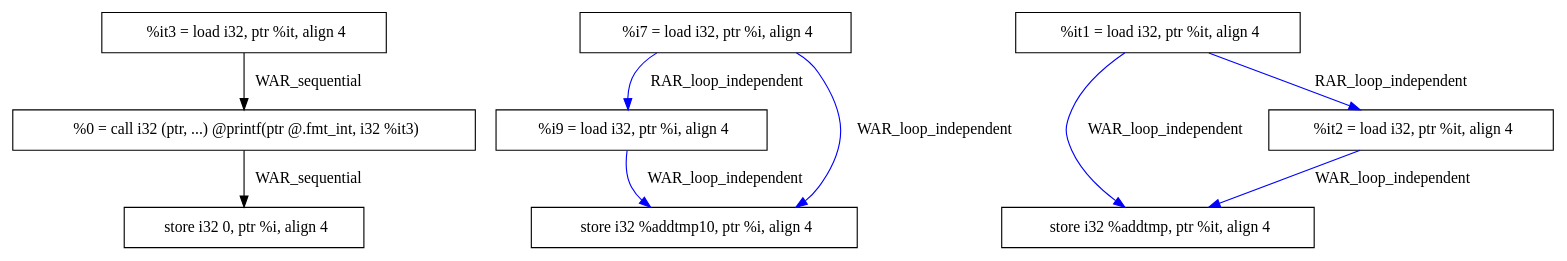
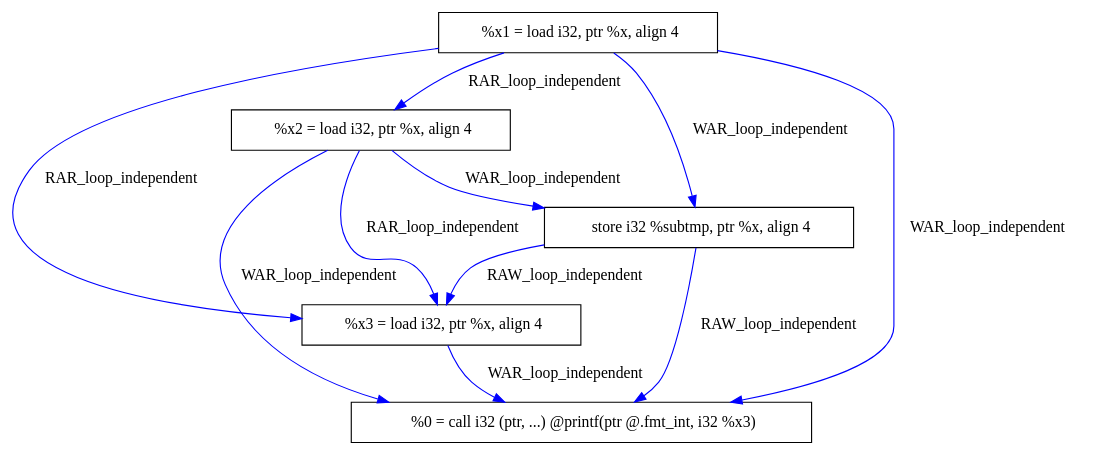
One commit to nash-raf/Graph-language- changed the diagram in Graph-language-/gpl_ast/test-depgraph.dot. Above: the diagram before and after it, drawn with Graphviz. The commit also changed 107 other files, not shown here.

```diff
--- a/Graph-language-/gpl_ast/test-depgraph.dot
+++ b/Graph-language-/gpl_ast/test-depgraph.dot
@@ -1,21 +1,19 @@
 digraph main_dep_graph {
   rankdir=TB;
   node [shape=box];
-  node9 [label="  store i32 0, ptr %i, align 4"];
-  node2 [label="  %i9 = load i32, ptr %i, align 4"];
-  node8 [label="  %0 = call i32 (ptr, ...) @printf(ptr @.fmt_int, i32 %it3)"];
-  node4 [label="  %it1 = load i32, ptr %it, align 4"];
-  node3 [label="  store i32 %addtmp10, ptr %i, align 4"];
-  node1 [label="  %i7 = load i32, ptr %i, align 4"];
-  node7 [label="  %it3 = load i32, ptr %it, align 4"];
-  node6 [label="  store i32 %addtmp, ptr %it, align 4"];
-  node5 [label="  %it2 = load i32, ptr %it, align 4"];
+  node5 [label="  %0 = call i32 (ptr, ...) @printf(ptr @.fmt_int, i32 %x3)"];
+  node2 [label="  %x2 = load i32, ptr %x, align 4"];
+  node1 [label="  %x1 = load i32, ptr %x, align 4"];
+  node3 [label="  store i32 %subtmp, ptr %x, align 4"];
+  node4 [label="  %x3 = load i32, ptr %x, align 4"];
   node1 -> node2 [label="RAR_loop_independent", color="blue", style="solid"];
   node1 -> node3 [label="WAR_loop_independent", color="blue", style="solid"];
+  node1 -> node4 [label="RAR_loop_independent", color="blue", style="solid"];
+  node1 -> node5 [label="WAR_loop_independent", color="blue", style="solid"];
   node2 -> node3 [label="WAR_loop_independent", color="blue", style="solid"];
-  node4 -> node5 [label="RAR_loop_independent", color="blue", style="solid"];
-  node4 -> node6 [label="WAR_loop_independent", color="blue", style="solid"];
-  node5 -> node6 [label="WAR_loop_independent", color="blue", style="solid"];
-  node7 -> node8 [label="WAR_sequential", color="black", style="solid"];
-  node8 -> node9 [label="WAR_sequential", color="black", style="solid"];
+  node2 -> node4 [label="RAR_loop_independent", color="blue", style="solid"];
+  node2 -> node5 [label="WAR_loop_independent", color="blue", style="solid"];
+  node3 -> node4 [label="RAW_loop_independent", color="blue", style="solid"];
+  node3 -> node5 [label="RAW_loop_independent", color="blue", style="solid"];
+  node4 -> node5 [label="WAR_loop_independent", color="blue", style="solid"];
 }
```
